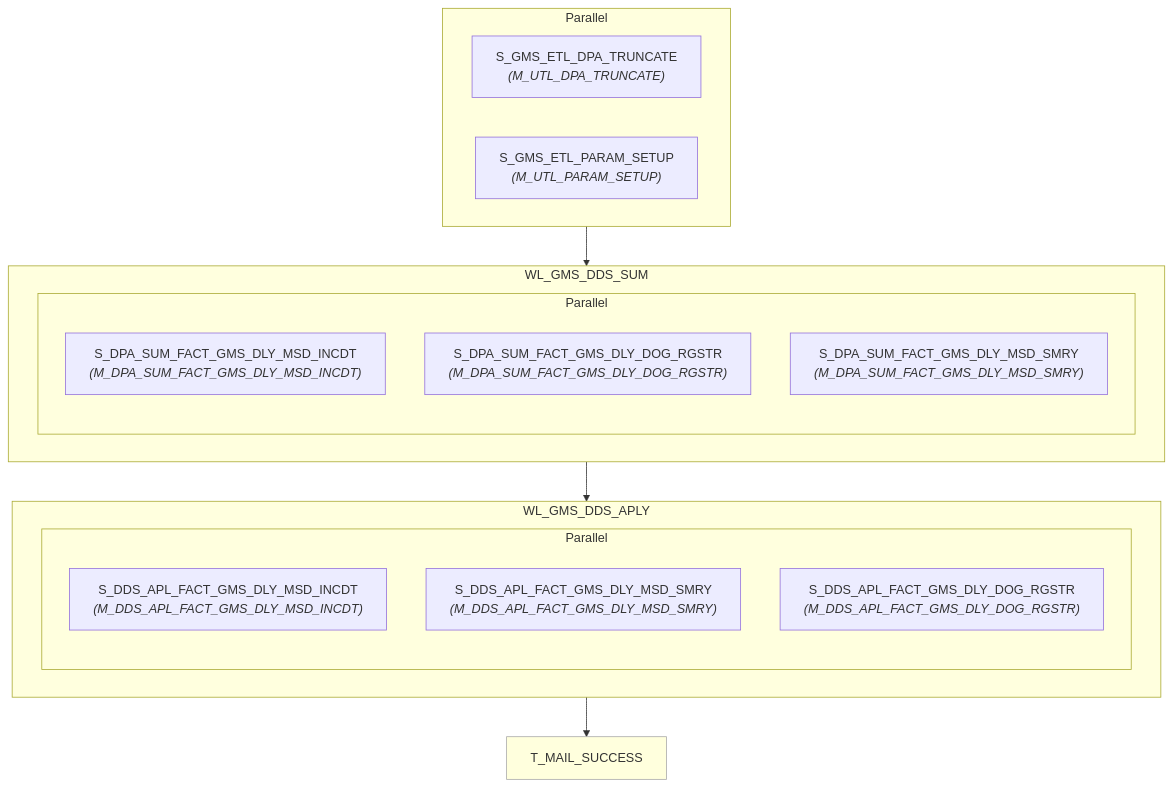
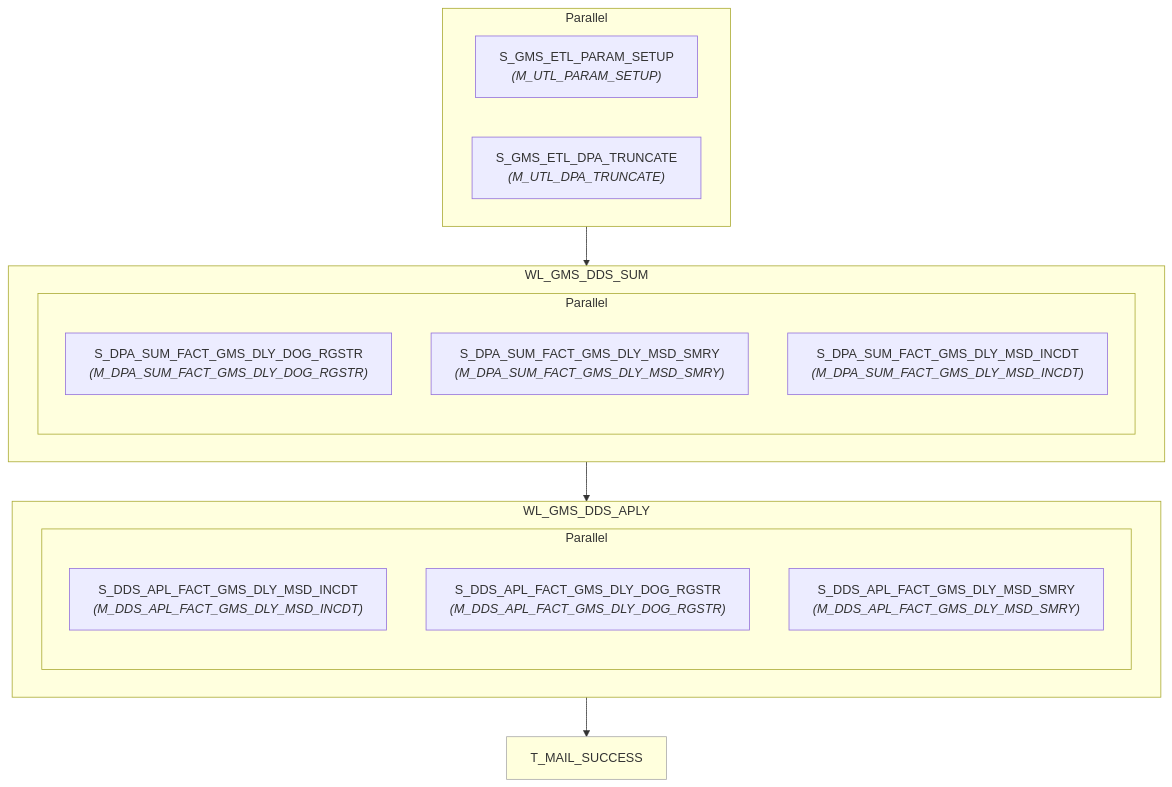
One commit to asl-adamxu/informatica-sparker-poc changed the diagram in informatica/PowerCenter_workflows/dds/WF_GMS_DDS_APLY_DLY_SPARK/wf_gms_dds_aply_dly.md. Above: the diagram before and after it, drawn with Mermaid. The commit also changed 40 other files, not shown here.

````diff
--- a/informatica/PowerCenter_workflows/dds/WF_GMS_DDS_APLY_DLY_SPARK/wf_gms_dds_aply_dly.md
+++ b/informatica/PowerCenter_workflows/dds/WF_GMS_DDS_APLY_DLY_SPARK/wf_gms_dds_aply_dly.md
@@ -7,34 +7,34 @@
 ```mermaid
 flowchart TD
-    n1["S_GMS_ETL_DPA_TRUNCATE<br/><i>(M_UTL_DPA_TRUNCATE)</i>"]
-    n2["S_GMS_ETL_PARAM_SETUP<br/><i>(M_UTL_PARAM_SETUP)</i>"]
+    n1["S_GMS_ETL_PARAM_SETUP<br/><i>(M_UTL_PARAM_SETUP)</i>"]
+    n2["S_GMS_ETL_DPA_TRUNCATE<br/><i>(M_UTL_DPA_TRUNCATE)</i>"]
     subgraph pg3[Parallel]
         n1
         n2
     end
     subgraph wkl4["WL_GMS_DDS_SUM"]
-    n5["S_DPA_SUM_FACT_GMS_DLY_MSD_INCDT<br/><i>(M_DPA_SUM_FACT_GMS_DLY_MSD_INCDT)</i>"]
-    n6["S_DPA_SUM_FACT_GMS_DLY_DOG_RGSTR<br/><i>(M_DPA_SUM_FACT_GMS_DLY_DOG_RGSTR)</i>"]
-    n7["S_DPA_SUM_FACT_GMS_DLY_MSD_SMRY<br/><i>(M_DPA_SUM_FACT_GMS_DLY_MSD_SMRY)</i>"]
+    n5["S_DPA_SUM_FACT_GMS_DLY_DOG_RGSTR<br/><i>(M_DPA_SUM_FACT_GMS_DLY_DOG_RGSTR)</i>"]
+    n6["S_DPA_SUM_FACT_GMS_DLY_MSD_SMRY<br/><i>(M_DPA_SUM_FACT_GMS_DLY_MSD_SMRY)</i>"]
+    n7["S_DPA_SUM_FACT_GMS_DLY_MSD_INCDT<br/><i>(M_DPA_SUM_FACT_GMS_DLY_MSD_INCDT)</i>"]
     subgraph pg8[Parallel]
         n5
         n6
         n7
     end
     end
     subgraph wkl9["WL_GMS_DDS_APLY"]
     n10["S_DDS_APL_FACT_GMS_DLY_MSD_INCDT<br/><i>(M_DDS_APL_FACT_GMS_DLY_MSD_INCDT)</i>"]
-    n11["S_DDS_APL_FACT_GMS_DLY_MSD_SMRY<br/><i>(M_DDS_APL_FACT_GMS_DLY_MSD_SMRY)</i>"]
-    n12["S_DDS_APL_FACT_GMS_DLY_DOG_RGSTR<br/><i>(M_DDS_APL_FACT_GMS_DLY_DOG_RGSTR)</i>"]
+    n11["S_DDS_APL_FACT_GMS_DLY_DOG_RGSTR<br/><i>(M_DDS_APL_FACT_GMS_DLY_DOG_RGSTR)</i>"]
+    n12["S_DDS_APL_FACT_GMS_DLY_MSD_SMRY<br/><i>(M_DDS_APL_FACT_GMS_DLY_MSD_SMRY)</i>"]
     subgraph pg13[Parallel]
         n10
         n11
         n12
     end
     end
     n14["T_MAIL_SUCCESS"]
     style n14 fill:#ffd,stroke:#aaa,stroke-width:1px
     pg3 --> wkl4
     wkl4 --> wkl9
     wkl9 --> n14
 ```
````
